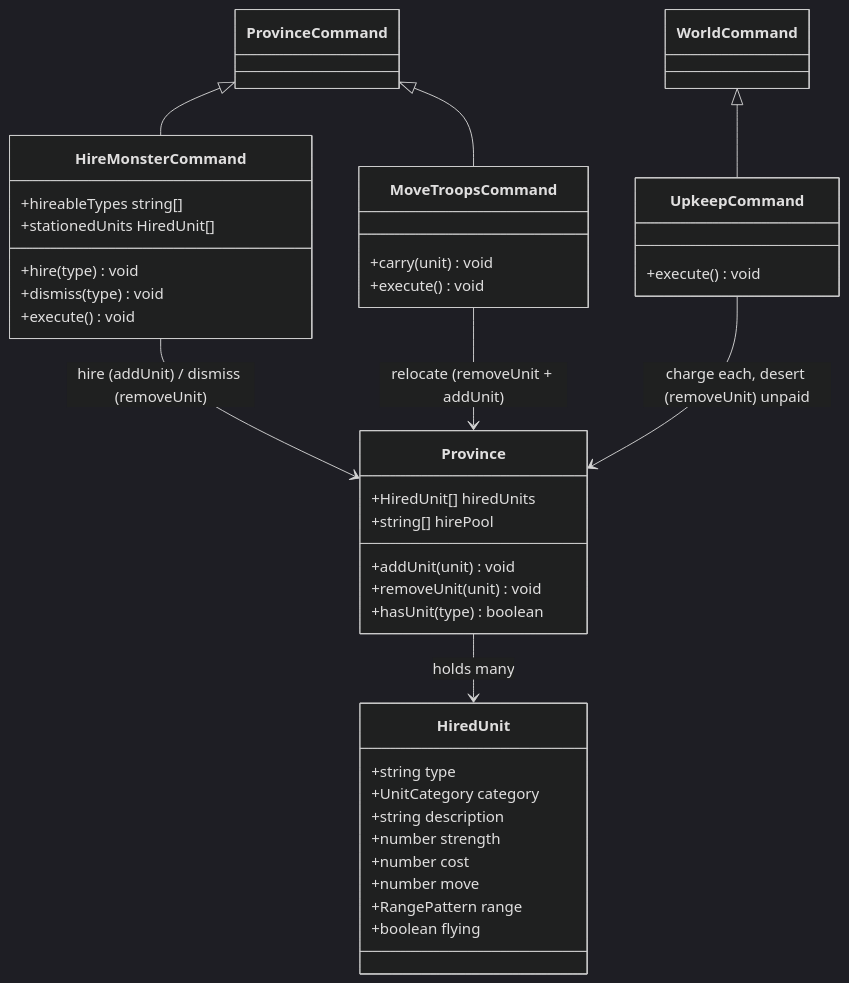
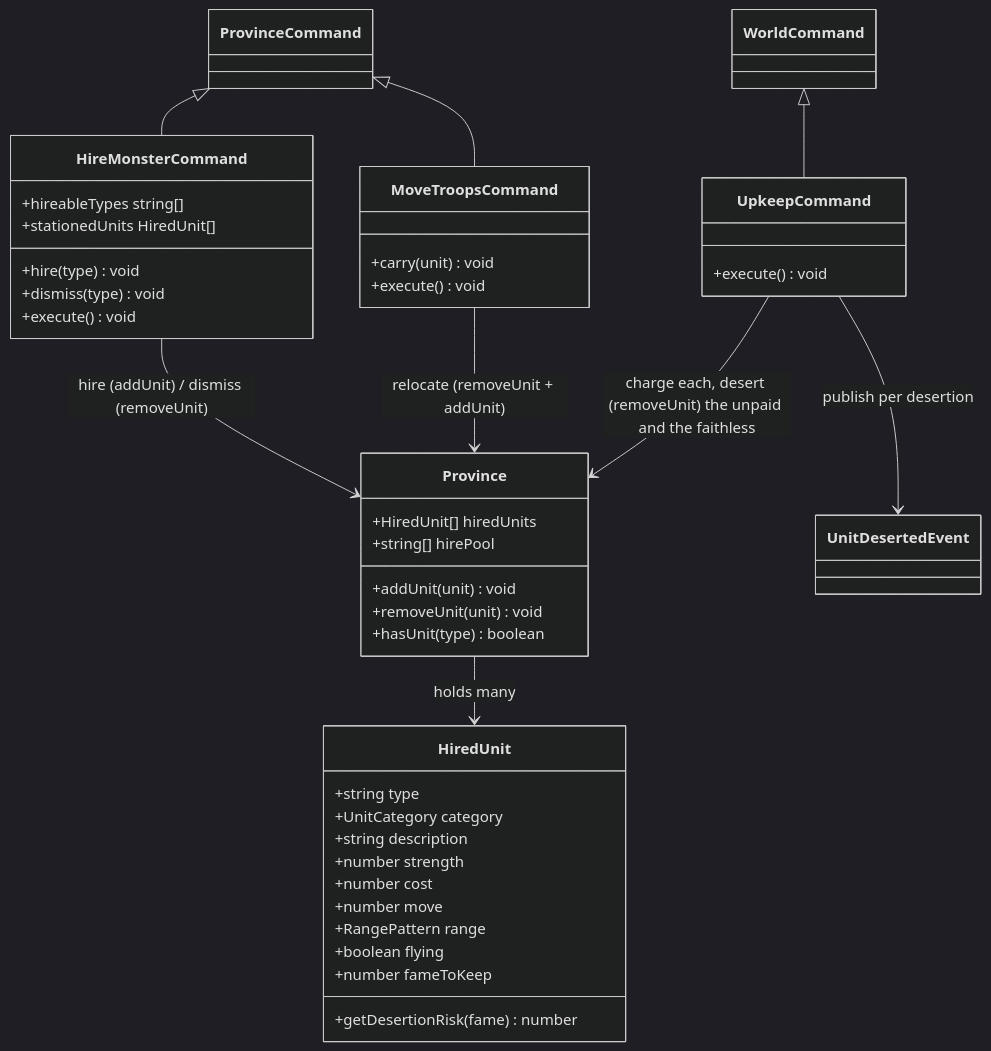
The second of 4 diagrams in gemfire/docs/design/06-fifth-units.md (pslotinsky/kunstkamera), drawn with Mermaid (dark theme) before and after one commit. The commit also changed other lines of this file and 16 other files, not shown here.

````diff
--- a/gemfire/docs/design/06-fifth-units.md
+++ b/gemfire/docs/design/06-fifth-units.md
@@ -100,41 +122,44 @@
 ```mermaid
 classDiagram
   class HiredUnit {
     +string type
     +UnitCategory category
     +string description
     +number strength
     +number cost
     +number move
     +RangePattern range
     +boolean flying
+    +number fameToKeep
+    +getDesertionRisk(fame) number
   }
   class Province {
     +HiredUnit[] hiredUnits
     +string[] hirePool
     +addUnit(unit) void
     +removeUnit(unit) void
     +hasUnit(type) boolean
   }
   class HireMonsterCommand {
     +hireableTypes string[]
     +stationedUnits HiredUnit[]
     +hire(type) void
     +dismiss(type) void
     +execute() void
   }
   class MoveTroopsCommand {
     +carry(unit) void
     +execute() void
   }
   class UpkeepCommand {
     +execute() void
   }
   ProvinceCommand <|-- HireMonsterCommand
   ProvinceCommand <|-- MoveTroopsCommand
   WorldCommand <|-- UpkeepCommand
   HireMonsterCommand --> Province : hire (addUnit) / dismiss (removeUnit)
   MoveTroopsCommand --> Province : relocate (removeUnit + addUnit)
-  UpkeepCommand --> Province : charge each, desert (removeUnit) unpaid
+  UpkeepCommand --> Province : charge each, desert (removeUnit) the unpaid and the faithless
+  UpkeepCommand --> UnitDesertedEvent : publish per desertion
   Province --> HiredUnit : holds many
 ```
````
